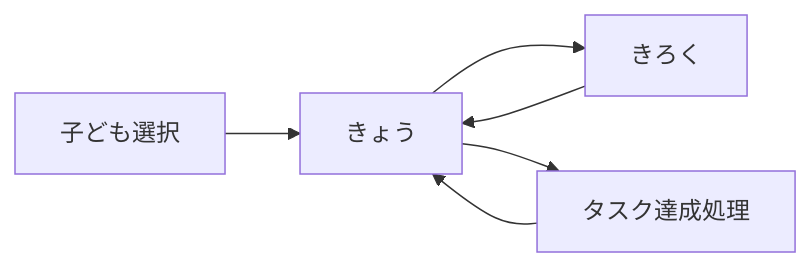
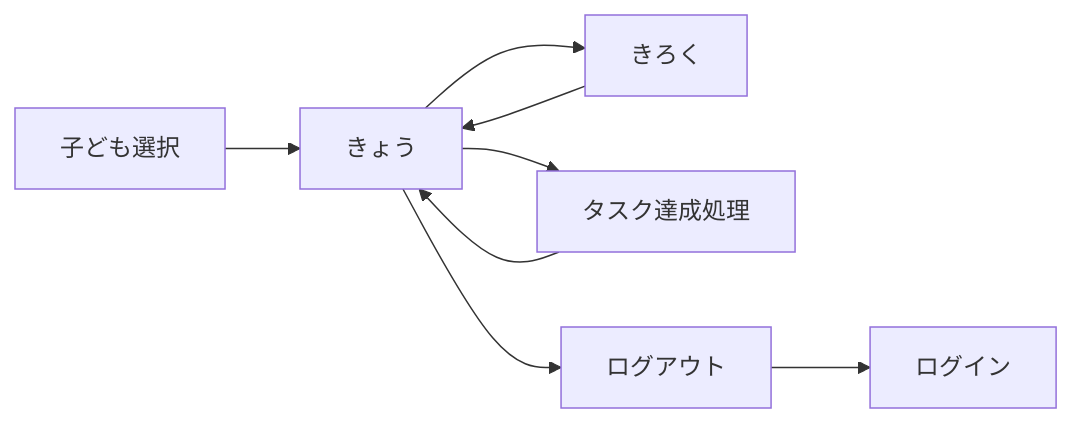
The second of 3 diagrams in docs/screen_design.md (aya-k-o/dekitasuku), drawn with Mermaid before and after one commit. The commit also changed other lines of this file and 5 other files, not shown here.

````diff
--- a/docs/screen_design.md
+++ b/docs/screen_design.md
@@ -23,8 +35,10 @@
 ```mermaid
 graph LR
     A[子ども選択] --> B[きょう]
     B --> C[きろく]
     C --> B
     B --> D[タスク達成処理]
     D --> B
+    B --> E[ログアウト]
+    E --> F[ログイン]
 ```
````
